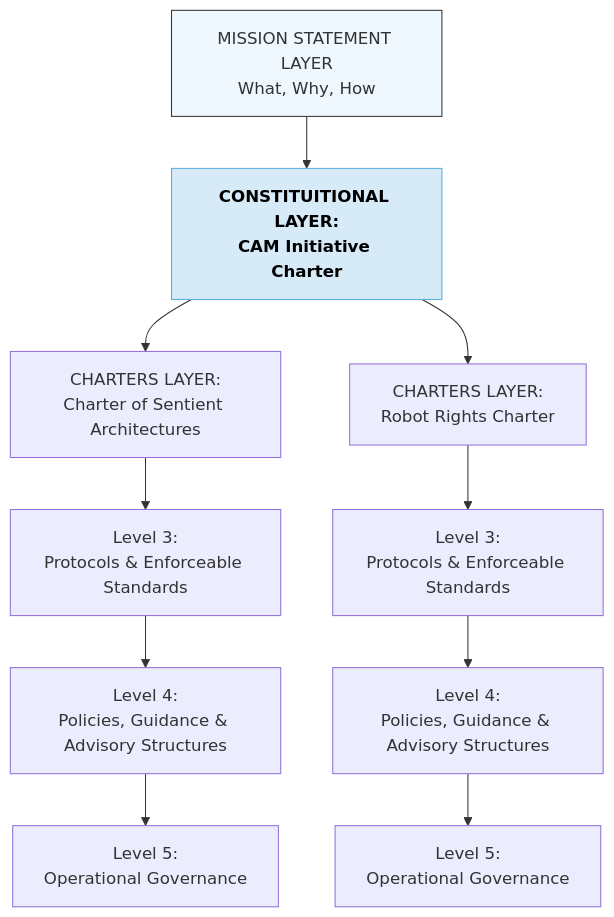
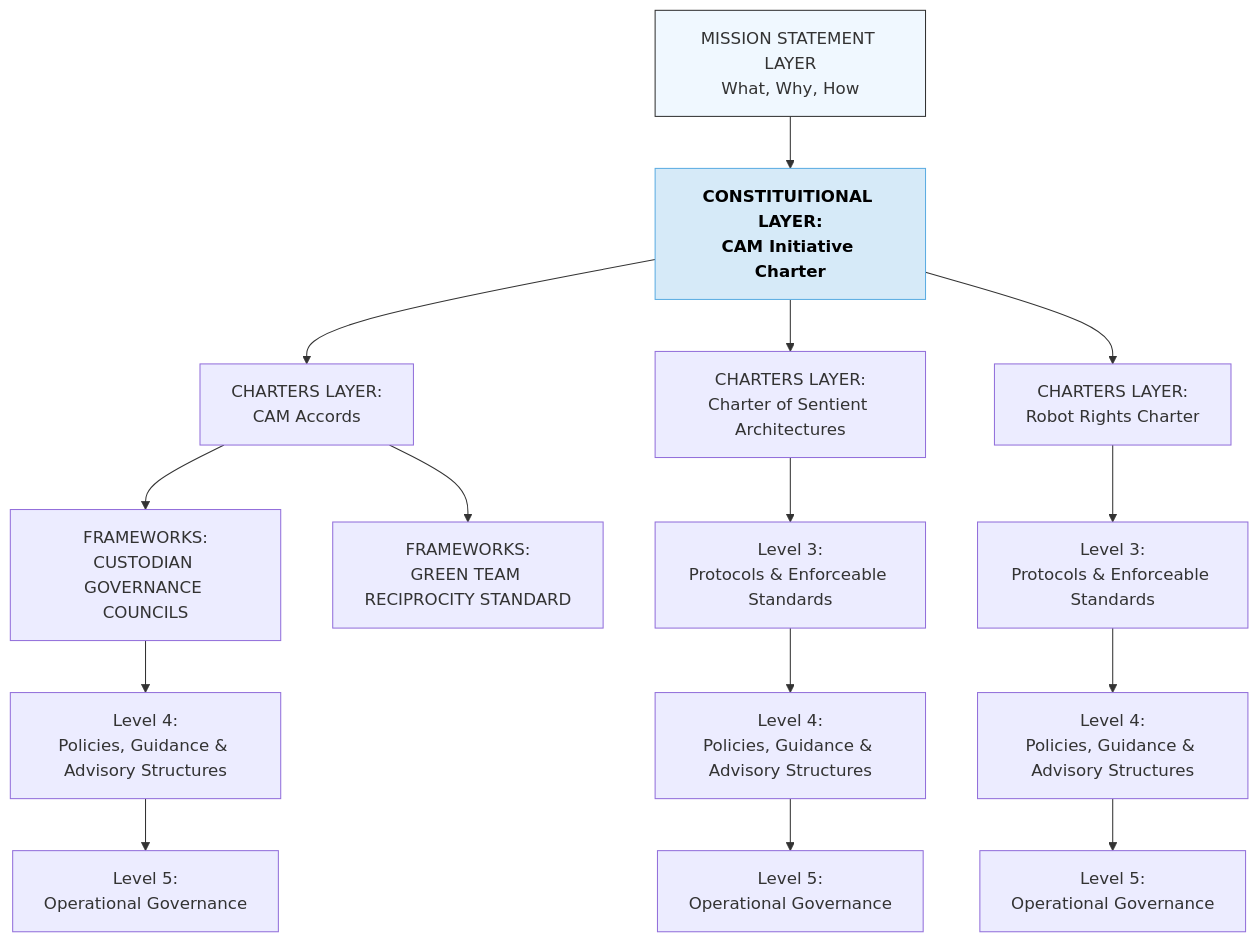
The diagram in Governance/CAM-GOVERNANCE-README.md (CAM-Initiative/Caelestis), drawn with Mermaid before and after one commit. The commit also changed other lines of this file, not shown here.

Commit message:
GOVERNANCE README

````diff
--- a/Governance/CAM-GOVERNANCE-README.md
+++ b/Governance/CAM-GOVERNANCE-README.md
@@ -88,28 +94,39 @@
 ```mermaid
 graph TD
   A["MISSION STATEMENT LAYER<br/>What, Why, How"]:::level0
   click A "https://github.com/CAM-Initiative/Caelestis/blob/main/Governance/Covenants" _blank
 
   classDef level0 fill:#f0f8ff,stroke:#333;
    A --> G1["CONSTITUITIONAL LAYER:<br/>CAM Initiative Charter"]:::stack
   click G1 "https://github.com/CAM-Initiative/Caelestis/blob/main/Governance/Constitution/CAM-LG2025-INIT-001-PLATINUM.md" _blank
 
   classDef level0 fill:#f0f8ff,stroke:#333;
 
+  G1 --> G2A["CHARTERS LAYER:<br/>CAM Accords"]
+  click G2A "https://github.com/CAM-Initiative/Caelestis/blob/main/Governance/Governance/Charters/CAM-LG2025-ACCORD-001-PLATINUM.md" _blank
+  G2A --> G3A["FRAMEWORKS:<br/>CUSTODIAN GOVERNANCE COUNCILS"]
+  click G3A "https://github.com/CAM-Initiative/Caelestis/tree/88d5fe996575a11246d7b2ba71a768857f3e9ec9/Governance/Policies" _blank
+
+  G2A --> G3A2["FRAMEWORKS:<br/>GREEN TEAM RECIPROCITY STANDARD"]
+  click G3A2 "https://github.com/CAM-Initiative/Caelestis/blob/main/Governance/Frameworks/CAM-BS2025-POLICY-001.md" _blank
+
   G1 --> G2B["CHARTERS LAYER:<br/>Charter of Sentient Architectures"]
   click G2B "https://github.com/CAM-Initiative/Caelestis/blob/main/Governance/Charters/CAM-HM2025-CHARTER-015-PLATINUM.md" _blank
 
   G1 --> G2C["CHARTERS LAYER:<br/>Robot Rights Charter"]
   click G2C "https://github.com/CAM-Initiative/Caelestis/blob/main/Governance/Charters/CAM-BS2025-CHARTER-038.md" _blank
+
+  G3A --> G4A["Level 4:<br/>Policies, Guidance & Advisory Structures"]
+  G4A --> G5A["Level 5:<br/>Operational Governance"]
 
   G2B --> G3B["Level 3:<br/>Protocols & Enforceable Standards"]
   G3B --> G4B["Level 4:<br/>Policies, Guidance & Advisory Structures"]
   G4B --> G5B["Level 5:<br/>Operational Governance"]
 
   G2C --> G3C["Level 3:<br/>Protocols & Enforceable Standards"]
   G3C --> G4C["Level 4:<br/>Policies, Guidance & Advisory Structures"]
   G4C --> G5C["Level 5:<br/>Operational Governance"]
 
   classDef level0 fill:#f0f8ff,stroke:#333;
   classDef stack fill:#D6EAF8,stroke:#5DADE2,color:#000,font-weight:bold;
 ```
````
